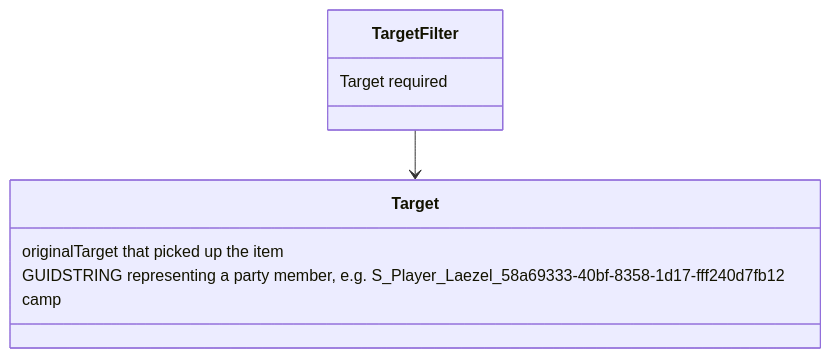
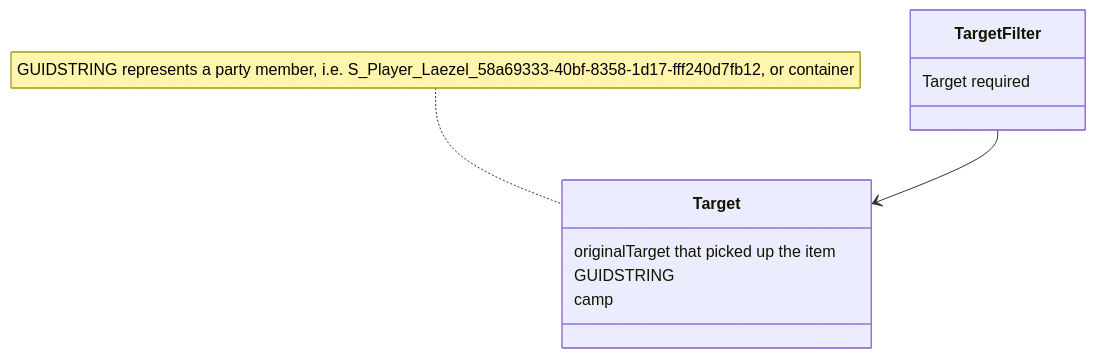
One commit to osirisOfGit/BG3_Automatic_Inventory_Manager changed the second of 2 diagrams in README.md. Above: the diagram before and after it, drawn with Mermaid. The commit also changed other lines of this file, not shown here.

````diff
--- a/README.md
+++ b/README.md
@@ -140,14 +144,16 @@
   ```mermaid
 classDiagram
     TargetFilter --> Target
     
     class TargetFilter{
         Target required
     }
 
+    
     class Target {
         originalTarget that picked up the item
-        GUIDSTRING representing a party member, e.g. S_Player_Laezel_58a69333-40bf-8358-1d17-fff240d7fb12
+        GUIDSTRING 
         camp
     }
+    note for Target "GUIDSTRING represents a party member, i.e. S_Player_Laezel_58a69333-40bf-8358-1d17-fff240d7fb12, or container"
   ```
````
